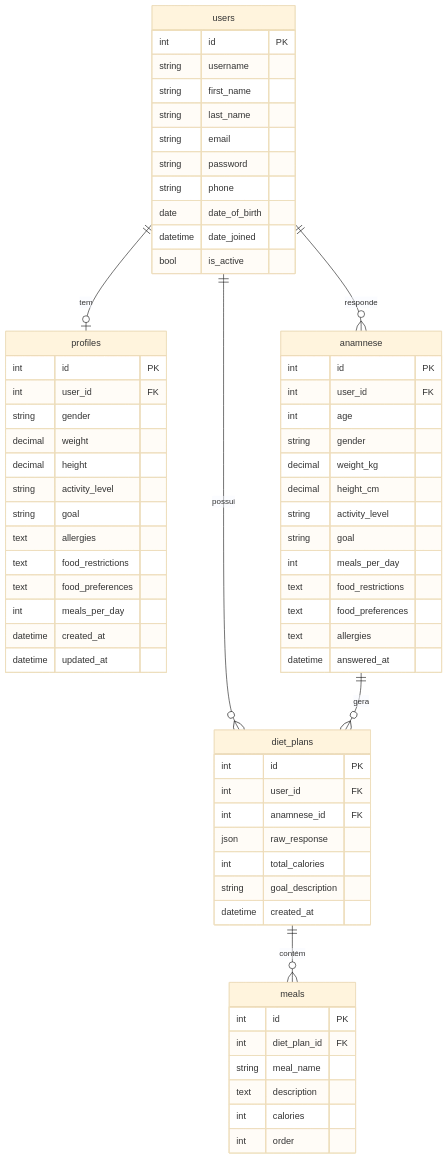
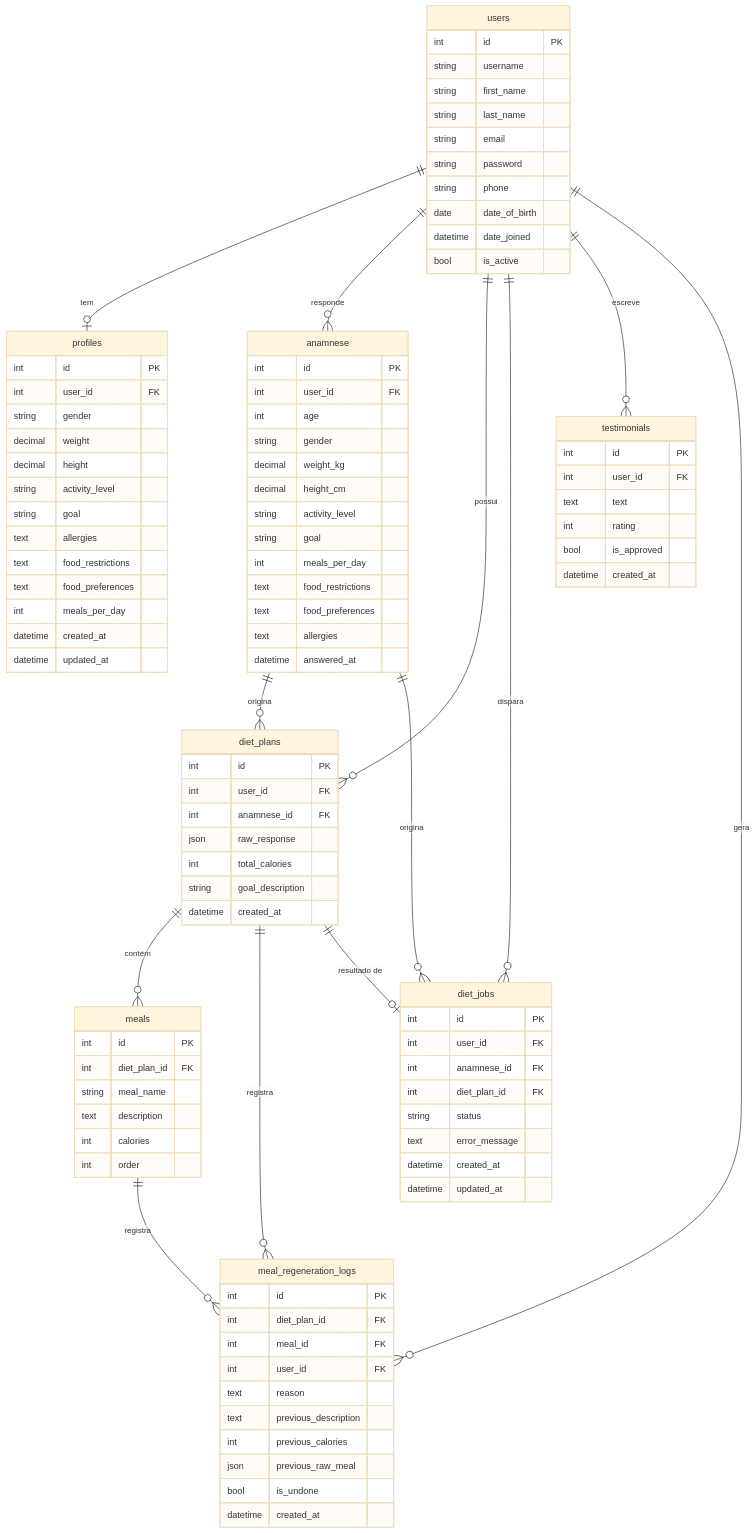
One commit to mynutriaiapp/mynutri-ai-plataform changed the diagram in docs/DATABASE.md. Above: the diagram before and after it, drawn with Mermaid (base theme). The commit also changed other lines of this file and 5 other files, not shown here.

````diff
--- a/docs/DATABASE.md
+++ b/docs/DATABASE.md
@@ -14,8 +14,15 @@
     users ||--o| profiles : "tem"
     users ||--o{ anamnese : "responde"
     users ||--o{ diet_plans : "possui"
-    anamnese ||--o{ diet_plans : "gera"
+    users ||--o{ diet_jobs : "dispara"
+    users ||--o{ testimonials : "escreve"
+    users ||--o{ meal_regeneration_logs : "gera"
+    anamnese ||--o{ diet_plans : "origina"
+    anamnese ||--o{ diet_jobs : "origina"
     diet_plans ||--o{ meals : "contém"
+    diet_plans ||--o{ meal_regeneration_logs : "registra"
+    diet_plans ||--o| diet_jobs : "resultado de"
+    meals ||--o{ meal_regeneration_logs : "registra"
 
     users {
         int id PK
@@ -80,4 +87,37 @@
         int calories
         int order
     }
+
+    diet_jobs {
+        int id PK
+        int user_id FK
+        int anamnese_id FK
+        int diet_plan_id FK
+        string status
+        text error_message
+        datetime created_at
+        datetime updated_at
+    }
+
+    meal_regeneration_logs {
+        int id PK
+        int diet_plan_id FK
+        int meal_id FK
+        int user_id FK
+        text reason
+        text previous_description
+        int previous_calories
+        json previous_raw_meal
+        bool is_undone
+        datetime created_at
+    }
+
+    testimonials {
+        int id PK
+        int user_id FK
+        text text
+        int rating
+        bool is_approved
+        datetime created_at
+    }
 ```
````
